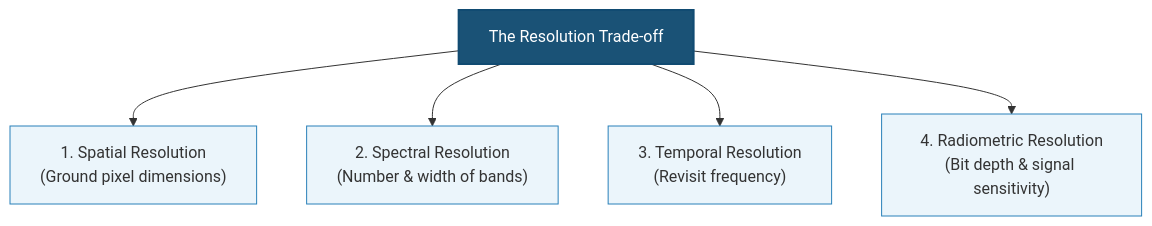
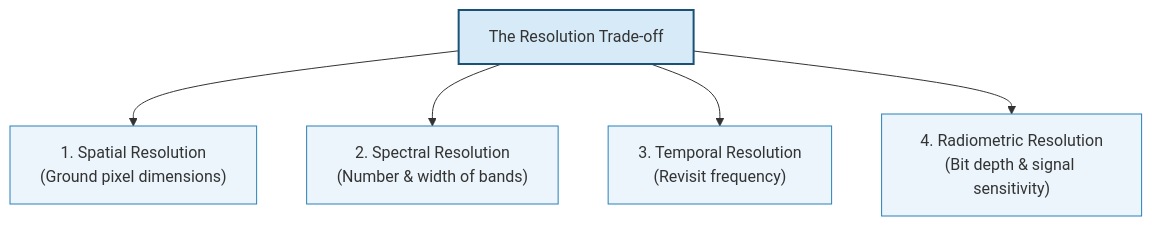
Before and after one commit to Rotten-Grapes-Pvt-Ltd/QGIS-WECS: the first of 2 diagrams in docs/day2/03_satellite_characteristics.md, drawn with Mermaid. The commit also changed other lines of this file and 4 other files, not shown here.

Commit message:
docs: correct mermaid diagram box styles to use light fill backgrounds for text readability

````diff
--- a/docs/day2/03_satellite_characteristics.md
+++ b/docs/day2/03_satellite_characteristics.md
@@ -13,14 +13,14 @@
 ```mermaid
 graph TD
     Res["The Resolution Trade-off"]
     Res --> Spat["1. Spatial Resolution<br/>(Ground pixel dimensions)"]
     Res --> Spec["2. Spectral Resolution<br/>(Number & width of bands)"]
     Res --> Temp["3. Temporal Resolution<br/>(Revisit frequency)"]
     Res --> Rad["4. Radiometric Resolution<br/>(Bit depth & signal sensitivity)"]
 
-    style Res fill:#1a5276,color:#fff,stroke:#114b72,stroke-width:2px
+    style Res fill:#d6eaf8,stroke:#1a5276,stroke-width:2px
     style Spat fill:#ebf5fb,stroke:#2980b9,stroke-width:1px
     style Spec fill:#ebf5fb,stroke:#2980b9,stroke-width:1px
     style Temp fill:#ebf5fb,stroke:#2980b9,stroke-width:1px
     style Rad fill:#ebf5fb,stroke:#2980b9,stroke-width:1px
 ```
````
